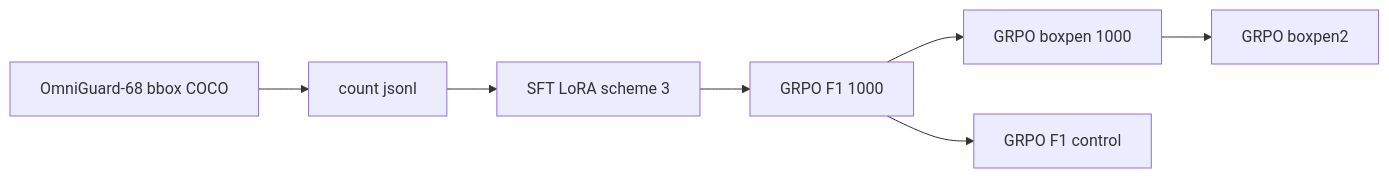
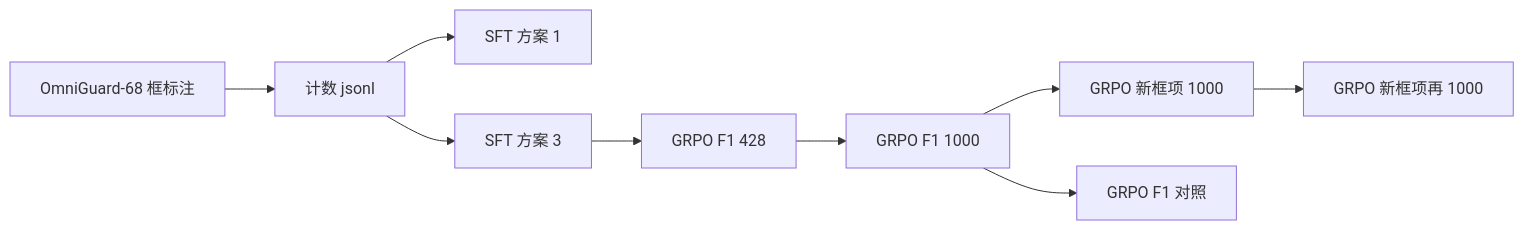
The diagram in README.md (ahuadrunk-netizen/qiaoaworker), drawn with Mermaid before and after one commit. The commit also changed other lines of this file and 5 other files, not shown here.

````diff
--- a/README.md
+++ b/README.md
@@ -19,9 +59,11 @@
 ```mermaid
 flowchart LR
-  data[OmniGuard-68 bbox COCO] --> jsonl[count jsonl]
-  jsonl --> sft[SFT LoRA scheme 3]
-  sft --> grpoF1[GRPO F1 1000]
-  grpoF1 --> boxpen[GRPO boxpen 1000]
-  boxpen --> boxpen2[GRPO boxpen2]
-  grpoF1 --> f1cont[GRPO F1 control]
+  data[OmniGuard-68 框标注] --> jsonl[计数 jsonl]
+  jsonl --> sft1[SFT 方案 1]
+  jsonl --> sft3[SFT 方案 3]
+  sft3 --> grpo428[GRPO F1 428]
+  grpo428 --> grpoF1[GRPO F1 1000]
+  grpoF1 --> boxpen[GRPO 新框项 1000]
+  boxpen --> boxpen2[GRPO 新框项再 1000]
+  grpoF1 --> f1cont[GRPO F1 对照]
 ```
````
